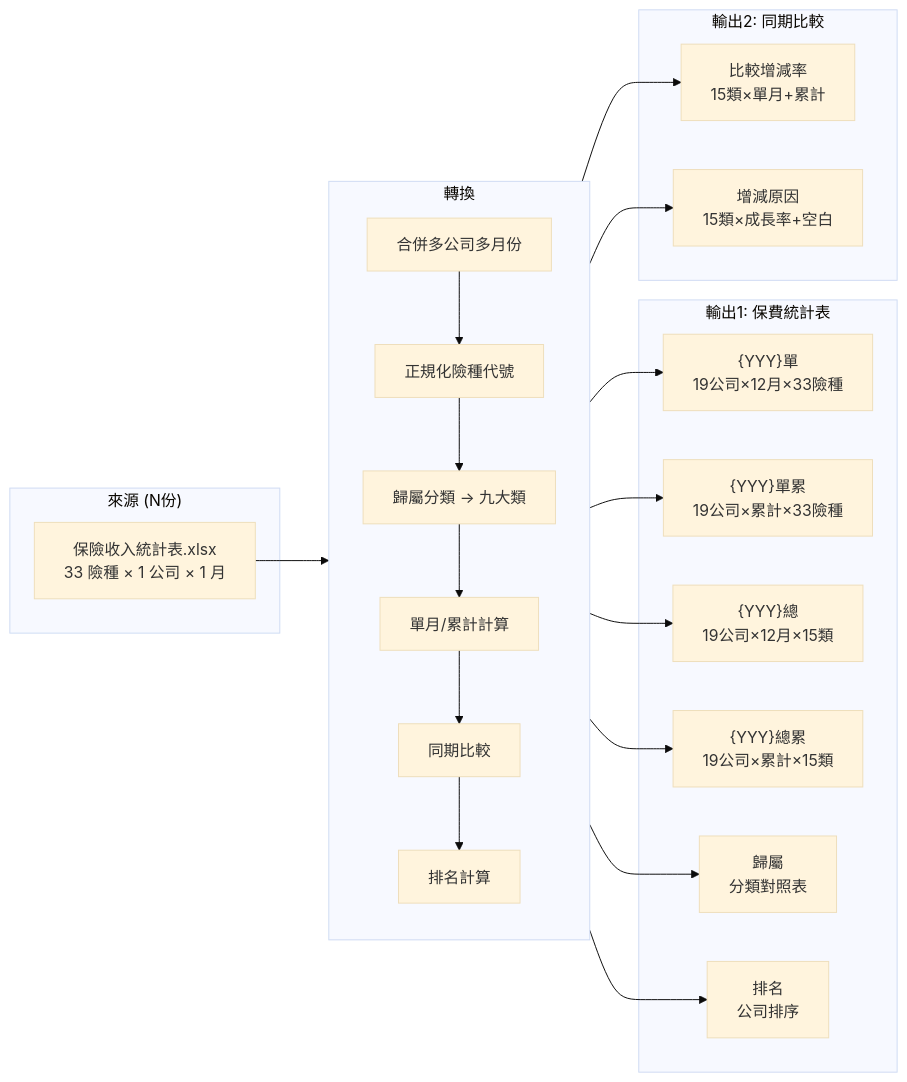
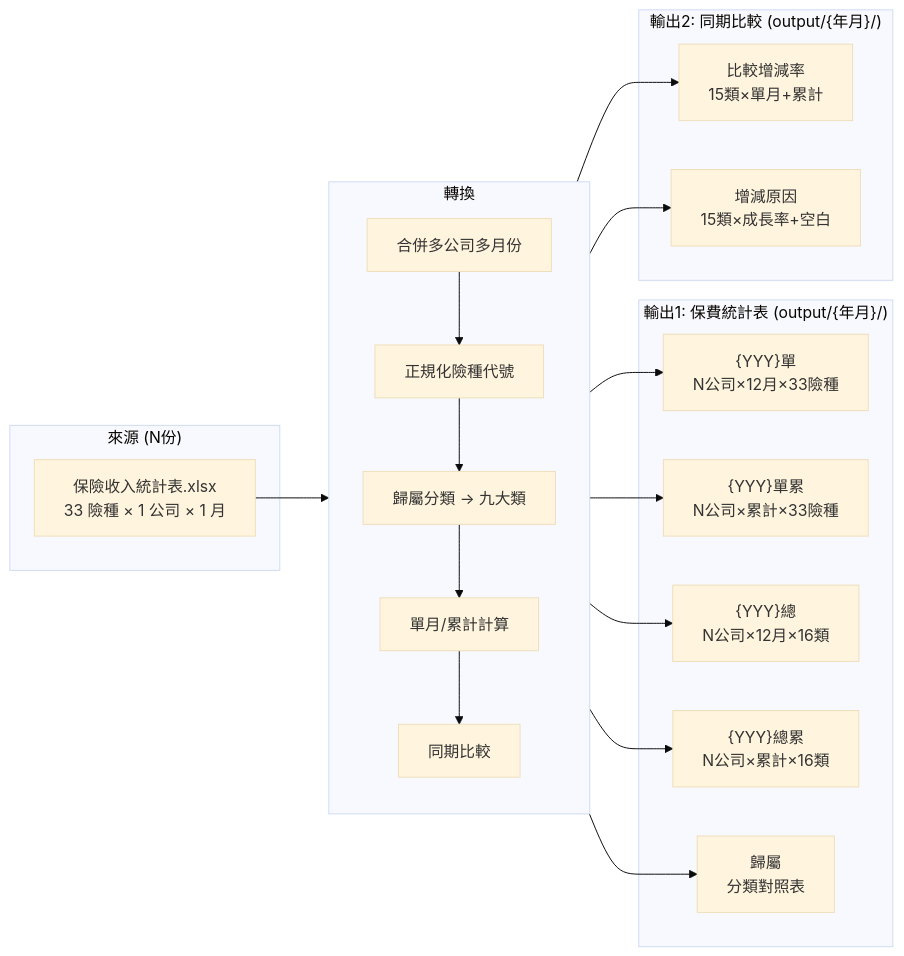
One commit to seawaterfoods/premium-report-automation changed the fourth of 5 diagrams in docs/architecture.md. Above: the diagram before and after it, drawn with Mermaid (base theme). The commit also changed other lines of this file and 2 other files, not shown here.

Commit message:
docs: 新增操作手冊 + 更新 README 和架構圖
新增 docs/user-guide.md:
- 完整操作流程 (Step 1-5)
- config/application.yml 設定項目說明
- 新增險種教學 (以 3300 為範例，含修改 CategoryMapping 步驟)
- hidden-codes 使用說明
- 常見問題 Q&A (8 題)
- 險種代號完整對照表

更新 README.md:
- 新增去年資料夾說明
- 輸出改為 output/{年月}/ 子資料夾
- config 範例
- 新增操作手冊連結

更新 architecture.md:
- 移除已刪除的 RankingCalculator
- 保費統計表 6→5 頁簽
- 輸出路徑改為 output/{年月}/
- 資料流圖移除排名節點

````diff
--- a/docs/architecture.md
+++ b/docs/architecture.md
@@ -190,41 +184,38 @@
 ```mermaid
 flowchart LR
     subgraph Source["來源 (N份)"]
         S["保險收入統計表.xlsx<br/>33 險種 × 1 公司 × 1 月"]
     end
     
     subgraph Transform["轉換"]
         direction TB
         T1["合併多公司多月份"]
         T2["正規化險種代號"]
         T3["歸屬分類 → 九大類"]
         T4["單月/累計計算"]
         T5["同期比較"]
-        T6["排名計算"]
-        T1 --> T2 --> T3 --> T4 --> T5 --> T6
+        T1 --> T2 --> T3 --> T4 --> T5
     end
     
-    subgraph Output1["輸出1: 保費統計表"]
-        O1A["{YYY}單<br/>19公司×12月×33險種"]
-        O1B["{YYY}單累<br/>19公司×累計×33險種"]
-        O1C["{YYY}總<br/>19公司×12月×15類"]
-        O1D["{YYY}總累<br/>19公司×累計×15類"]
+    subgraph Output1["輸出1: 保費統計表 (output/{年月}/)"]
+        O1A["{YYY}單<br/>N公司×12月×33險種"]
+        O1B["{YYY}單累<br/>N公司×累計×33險種"]
+        O1C["{YYY}總<br/>N公司×12月×16類"]
+        O1D["{YYY}總累<br/>N公司×累計×16類"]
         O1E["歸屬<br/>分類對照表"]
-        O1F["排名<br/>公司排序"]
     end
     
-    subgraph Output2["輸出2: 同期比較"]
+    subgraph Output2["輸出2: 同期比較 (output/{年月}/)"]
         O2A["比較增減率<br/>15類×單月+累計"]
         O2B["增減原因<br/>15類×成長率+空白"]
     end
     
     S --> T1
-    T6 --> O1A
-    T6 --> O1B
-    T6 --> O1C
-    T6 --> O1D
-    T6 --> O1E
-    T6 --> O1F
-    T6 --> O2A
-    T6 --> O2B
+    T5 --> O1A
+    T5 --> O1B
+    T5 --> O1C
+    T5 --> O1D
+    T5 --> O1E
+    T5 --> O2A
+    T5 --> O2B
 ```
````
